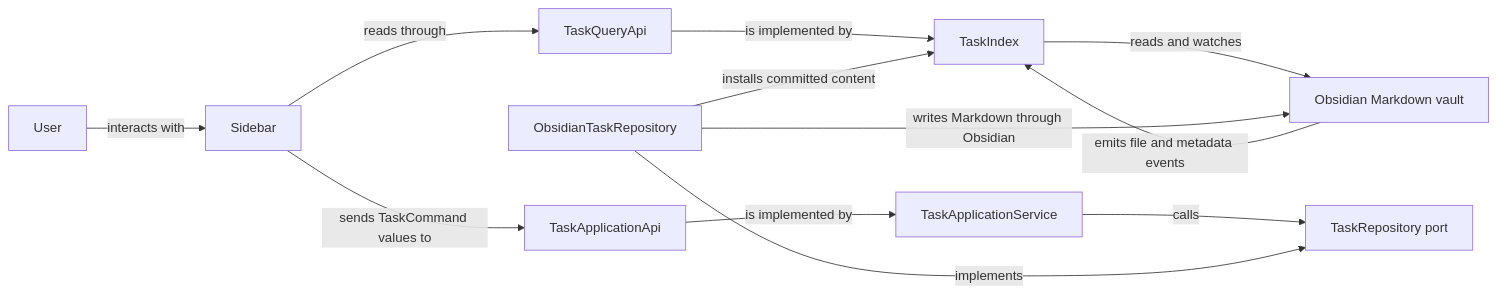
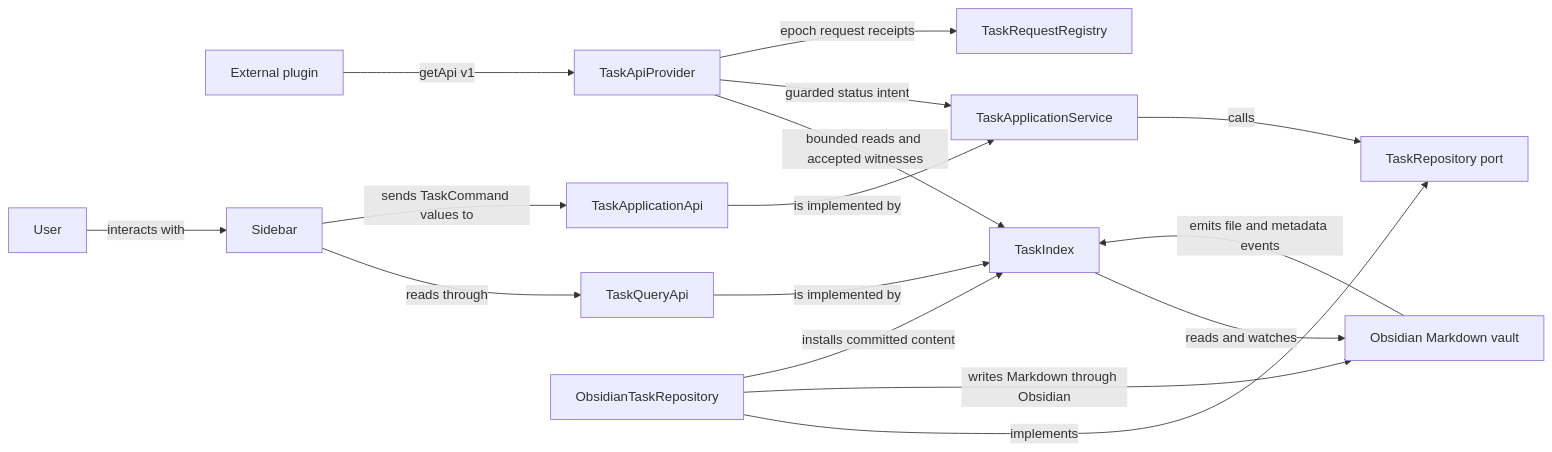
The diagram in ARCHITECTURE.md (flowing-abyss/obsidian-abyss-tasks), drawn with Mermaid before and after one commit. The commit also changed other lines of this file and 31 other files, not shown here.

Commit message:
feat: expose public task status mutations and receipts

````diff
--- a/ARCHITECTURE.md
+++ b/ARCHITECTURE.md
@@ -9,14 +9,18 @@
 ```mermaid
 flowchart LR
+  Integrator[External plugin] -->|getApi v1| Facade[TaskApiProvider]
+  Facade -->|bounded reads and accepted witnesses| Index
+  Facade -->|guarded status intent| Service
+  Facade -->|epoch request receipts| Requests[TaskRequestRegistry]
   Person[User] -->|interacts with| UI[Sidebar]
   UI -->|reads through| Query[TaskQueryApi]
   Query -->|is implemented by| Index[TaskIndex]
   Index -->|reads and watches| Vault[Obsidian Markdown vault]
   Vault -->|emits file and metadata events| Index
   UI -->|sends TaskCommand values to| Commands[TaskApplicationApi]
   Commands -->|is implemented by| Service[TaskApplicationService]
   Service -->|calls| Port[TaskRepository port]
   Repository[ObsidianTaskRepository] -->|implements| Port
   Repository -->|writes Markdown through Obsidian| Vault
   Repository -->|installs committed content| Index
 ```
````
